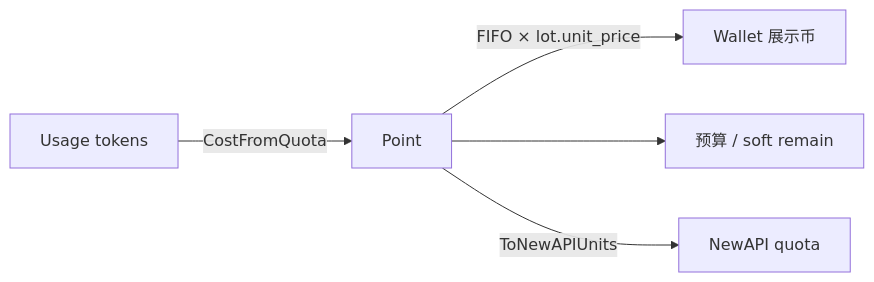
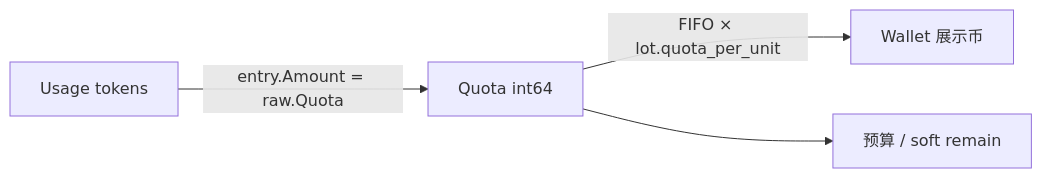
The first of 6 diagrams in docs/Backend-计费模式.md (quyip8818/mytokenjoy), drawn with Mermaid before and after one commit. The commit also changed other lines of this file and 17 other files, not shown here.

````diff
--- a/docs/Backend-计费模式.md
+++ b/docs/Backend-计费模式.md
@@ -46,7 +46,6 @@
 ```mermaid
 flowchart LR
-  U[Usage tokens] -->|CostFromQuota| P[Point]
-  P -->|FIFO × lot.unit_price| W[Wallet 展示币]
-  P --> B[预算 / soft remain]
-  P -->|ToNewAPIUnits| N[NewAPI quota]
+  U[Usage tokens] -->|entry.Amount = raw.Quota| Q[Quota int64]
+  Q -->|FIFO × lot.quota_per_unit| W[Wallet 展示币]
+  Q --> B[预算 / soft remain]
 ```
````
